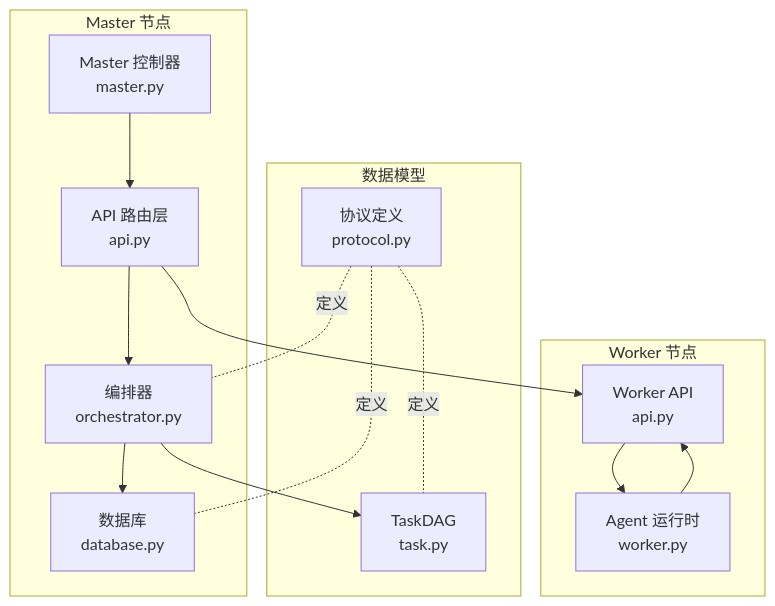
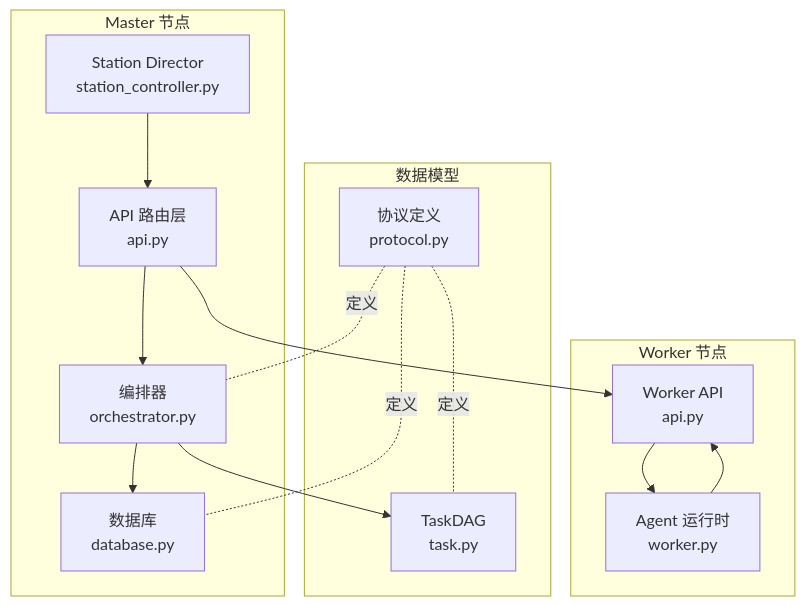
One commit to targalian/Personal-distributed-workstation changed the first of 7 diagrams in .qoder/repowiki/zh/content/架构设计/任务编排系统/任务数据模型.md. Above: the diagram before and after it, drawn with Mermaid. The commit also changed other lines of this file and 63 other files, not shown here.

Commit message:
docs(station): 同步 repo wiki 至 station_controller/station_api 架构

````diff
--- a/.qoder/repowiki/zh/content/架构设计/任务编排系统/任务数据模型.md
+++ b/.qoder/repowiki/zh/content/架构设计/任务编排系统/任务数据模型.md
@@ -39,27 +39,27 @@
 ```mermaid
 graph TB
 subgraph "Master 节点"
 API["API 路由层<br/>api.py"]
 ORCH["编排器<br/>orchestrator.py"]
 DB["数据库<br/>database.py"]
-MC["Master 控制器<br/>master.py"]
+MC["Station Director<br/>station_controller.py"]
 end
 subgraph "Worker 节点"
 WR_API["Worker API<br/>api.py"]
 WR_RT["Agent 运行时<br/>worker.py"]
 end
 subgraph "数据模型"
 PROT["协议定义<br/>protocol.py"]
 DAG["TaskDAG<br/>task.py"]
 end
 MC --> API
 API --> ORCH
 ORCH --> DB
 ORCH --> DAG
 WR_API --> WR_RT
 WR_RT --> WR_API
 API --> WR_API
 PROT -. 定义 .- ORCH
 PROT -. 定义 .- DAG
 PROT -. 定义 .- DB
 ```
````
